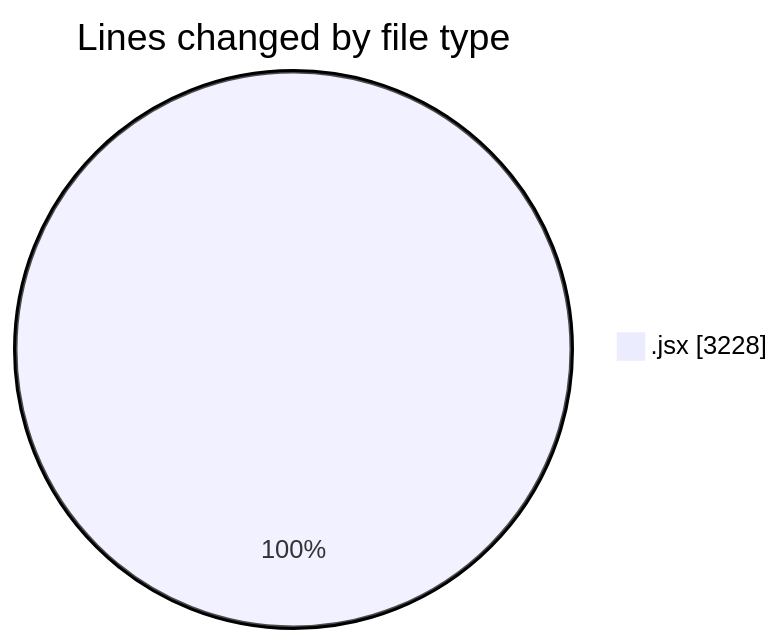
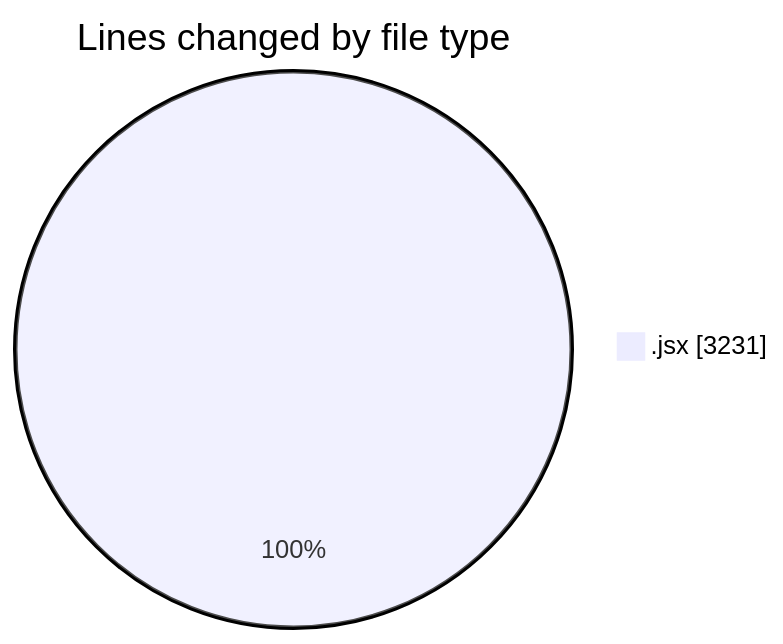
One commit to nxtqubesakshisongat/code-tracking changed the first of 2 diagrams in 2025-07-04/argos/README.md. Above: the diagram before and after it, drawn with Mermaid. The commit also changed other lines of this file and 1 other file, not shown here.

````diff
--- a/2025-07-04/argos/README.md
+++ b/2025-07-04/argos/README.md
@@ -22,5 +22,5 @@
 ```mermaid
 pie showData
 title Lines changed by file type
-".jsx" : 3228
+".jsx" : 3231
 ```
````
